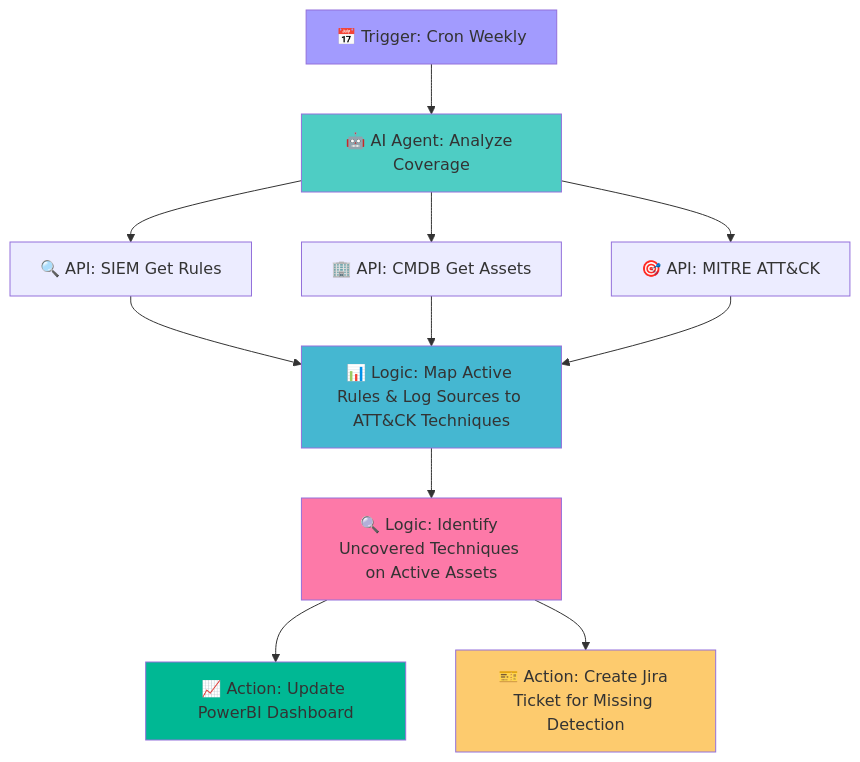
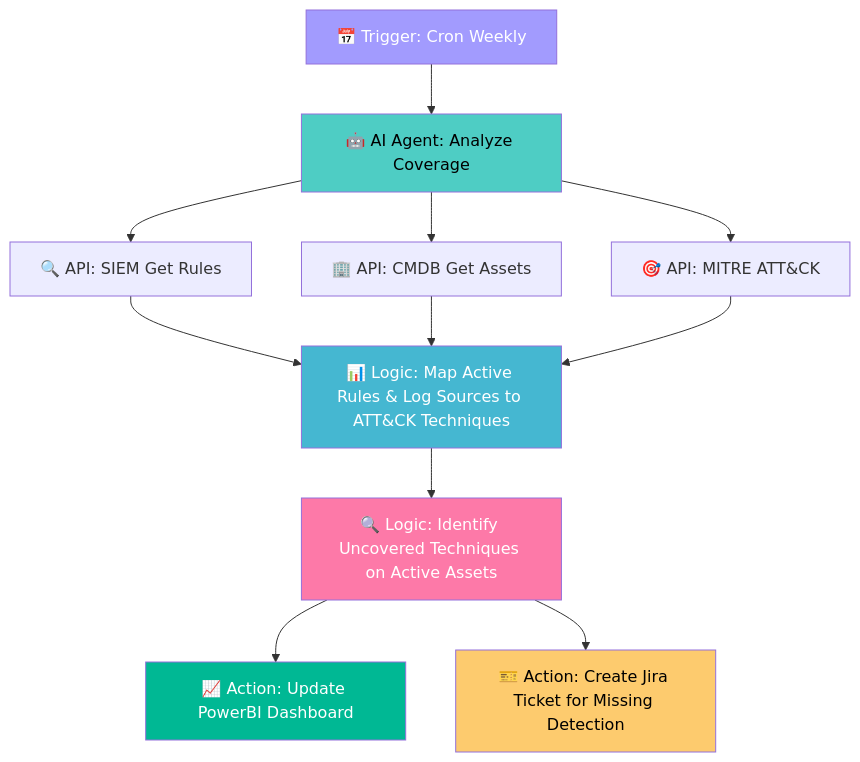
The third of 10 diagrams in usecases.md (Ke0xes/AI4SecOps), drawn with Mermaid before and after one commit. The commit also changed other lines of this file, not shown here.

````diff
--- a/usecases.md
+++ b/usecases.md
@@ -119,20 +119,20 @@
 ```mermaid
 graph TD
     A[📅 Trigger: Cron Weekly] --> B[🤖 AI Agent: Analyze Coverage]
     B --> C[🔍 API: SIEM Get Rules]
     B --> D[🏢 API: CMDB Get Assets]
     B --> E[🎯 API: MITRE ATT&CK]
     C --> F[📊 Logic: Map Active Rules & Log Sources to ATT&CK Techniques]
     D --> F
     E --> F
     F --> G[🔍 Logic: Identify Uncovered Techniques on Active Assets]
     G --> H[📈 Action: Update PowerBI Dashboard]
     G --> I[🎫 Action: Create Jira Ticket for Missing Detection]
     
-    style A fill:#a29bfe
-    style B fill:#4ecdc4
-    style F fill:#45b7d1
-    style G fill:#fd79a8
-    style H fill:#00b894
-    style I fill:#fdcb6e
+    style A fill:#a29bfe,color:#fff
+    style B fill:#4ecdc4,color:#000
+    style F fill:#45b7d1,color:#fff
+    style G fill:#fd79a8,color:#fff
+    style H fill:#00b894,color:#fff
+    style I fill:#fdcb6e,color:#000
 ```
````
